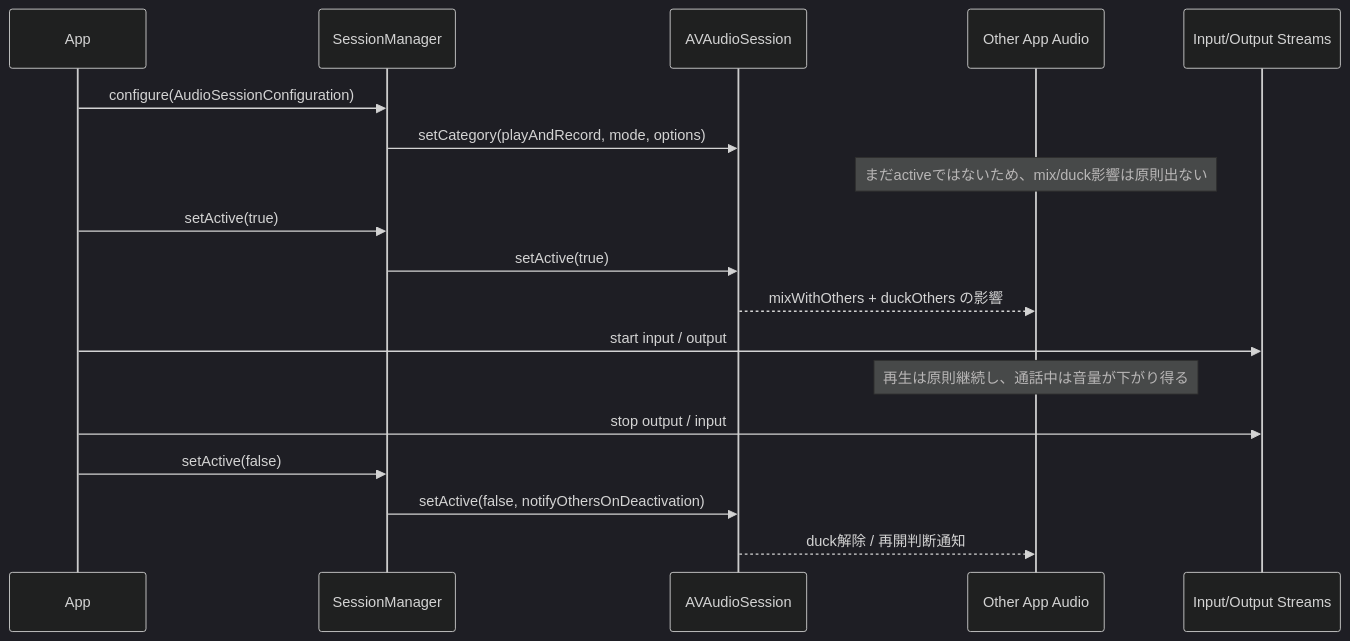
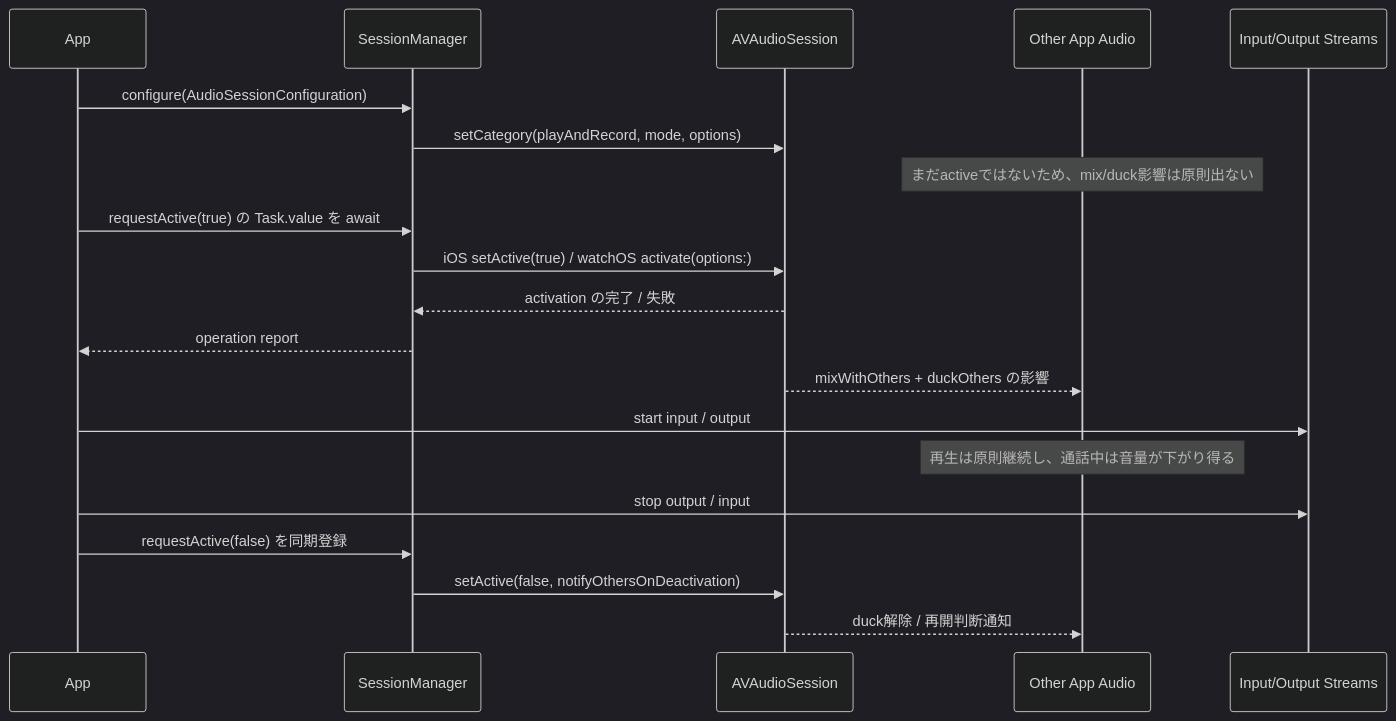
The first of 4 diagrams in docs/spec/packages/Audio/SessionManager.md (eroccowaruico/RideIntercom), drawn with Mermaid (dark theme) before and after one commit. The commit also changed other lines of this file and 45 other files, not shown here.

````diff
--- a/docs/spec/packages/Audio/SessionManager.md
+++ b/docs/spec/packages/Audio/SessionManager.md
@@ -49,21 +74,23 @@
 ```mermaid
 sequenceDiagram
     participant App
     participant SessionManager
     participant AVAudioSession
     participant OtherAudio as Other App Audio
     participant Streams as Input/Output Streams
 
     App->>SessionManager: configure(AudioSessionConfiguration)
     SessionManager->>AVAudioSession: setCategory(playAndRecord, mode, options)
     Note over OtherAudio: まだactiveではないため、mix/duck影響は原則出ない
-    App->>SessionManager: setActive(true)
-    SessionManager->>AVAudioSession: setActive(true)
+    App->>SessionManager: requestActive(true) の Task.value を await
+    SessionManager->>AVAudioSession: iOS setActive(true) / watchOS activate(options:)
+    AVAudioSession-->>SessionManager: activation の完了 / 失敗
+    SessionManager-->>App: operation report
     AVAudioSession-->>OtherAudio: mixWithOthers + duckOthers の影響
     App->>Streams: start input / output
     Note over OtherAudio: 再生は原則継続し、通話中は音量が下がり得る
     App->>Streams: stop output / input
-    App->>SessionManager: setActive(false)
+    App->>SessionManager: requestActive(false) を同期登録
     SessionManager->>AVAudioSession: setActive(false, notifyOthersOnDeactivation)
     AVAudioSession-->>OtherAudio: duck解除 / 再開判断通知
 ```
````
